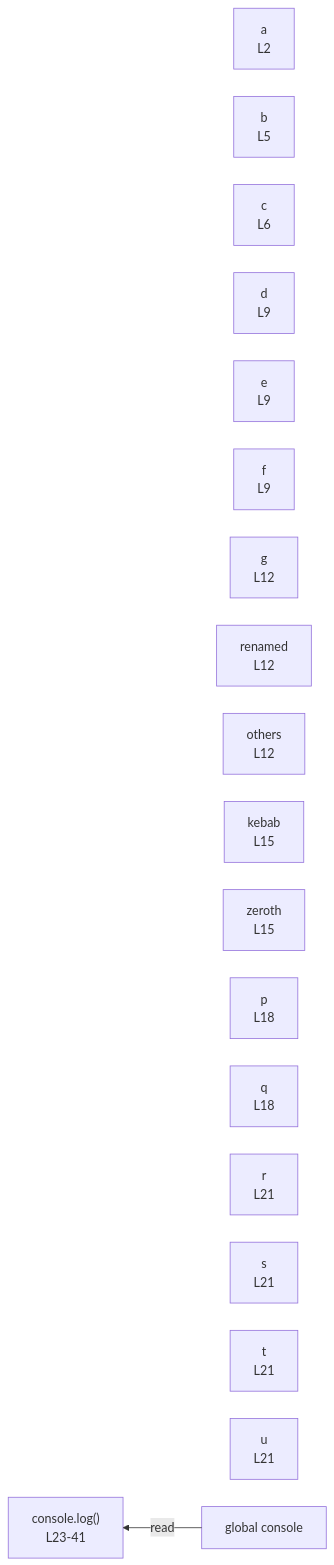
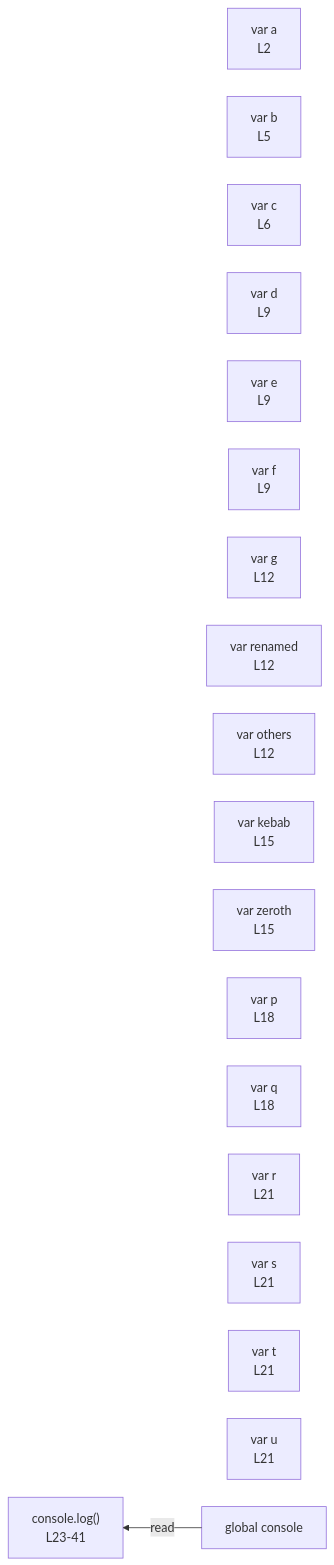
The diagram in integration/fixtures/declaration/var/binding-patterns/preview.md (crescware/unsnarl), drawn with Mermaid before and after one commit. The commit also changed 9 other files, not shown here.

First line of the commit message:
Prefix var-declared Variable nodes with 'var' in mermaid output

````diff
--- a/integration/fixtures/declaration/var/binding-patterns/preview.md
+++ b/integration/fixtures/declaration/var/binding-patterns/preview.md
@@ -63,24 +63,24 @@
 ```mermaid
 %%{init: {"flowchart": {"defaultRenderer": "elk"}}}%%
 flowchart RL
-  n_scope_0_a_13["a<br/>L2"]
-  n_scope_0_b_49["b<br/>L5"]
-  n_scope_0_c_58["c<br/>L6"]
-  n_scope_0_d_112["d<br/>L9"]
-  n_scope_0_e_123["e<br/>L9"]
-  n_scope_0_f_129["f<br/>L9"]
-  n_scope_0_g_201["g<br/>L12"]
-  n_scope_0_renamed_207["renamed<br/>L12"]
-  n_scope_0_others_225["others<br/>L12"]
-  n_scope_0_kebab_319["kebab<br/>L15"]
-  n_scope_0_zeroth_329["zeroth<br/>L15"]
-  n_scope_0_p_427["p<br/>L18"]
-  n_scope_0_q_434["q<br/>L18"]
-  n_scope_0_r_508["r<br/>L21"]
-  n_scope_0_s_511["s<br/>L21"]
-  n_scope_0_t_521["t<br/>L21"]
-  n_scope_0_u_524["u<br/>L21"]
+  n_scope_0_a_13["var a<br/>L2"]
+  n_scope_0_b_49["var b<br/>L5"]
+  n_scope_0_c_58["var c<br/>L6"]
+  n_scope_0_d_112["var d<br/>L9"]
+  n_scope_0_e_123["var e<br/>L9"]
+  n_scope_0_f_129["var f<br/>L9"]
+  n_scope_0_g_201["var g<br/>L12"]
+  n_scope_0_renamed_207["var renamed<br/>L12"]
+  n_scope_0_others_225["var others<br/>L12"]
+  n_scope_0_kebab_319["var kebab<br/>L15"]
+  n_scope_0_zeroth_329["var zeroth<br/>L15"]
+  n_scope_0_p_427["var p<br/>L18"]
+  n_scope_0_q_434["var q<br/>L18"]
+  n_scope_0_r_508["var r<br/>L21"]
+  n_scope_0_s_511["var s<br/>L21"]
+  n_scope_0_t_521["var t<br/>L21"]
+  n_scope_0_u_524["var u<br/>L21"]
   n_scope_0_console_557["global console"]
   n_scope_0_console_557 -->|read| expr_stmt_557
   expr_stmt_557["console.log()<br/>L23-41"]
 ```
````
